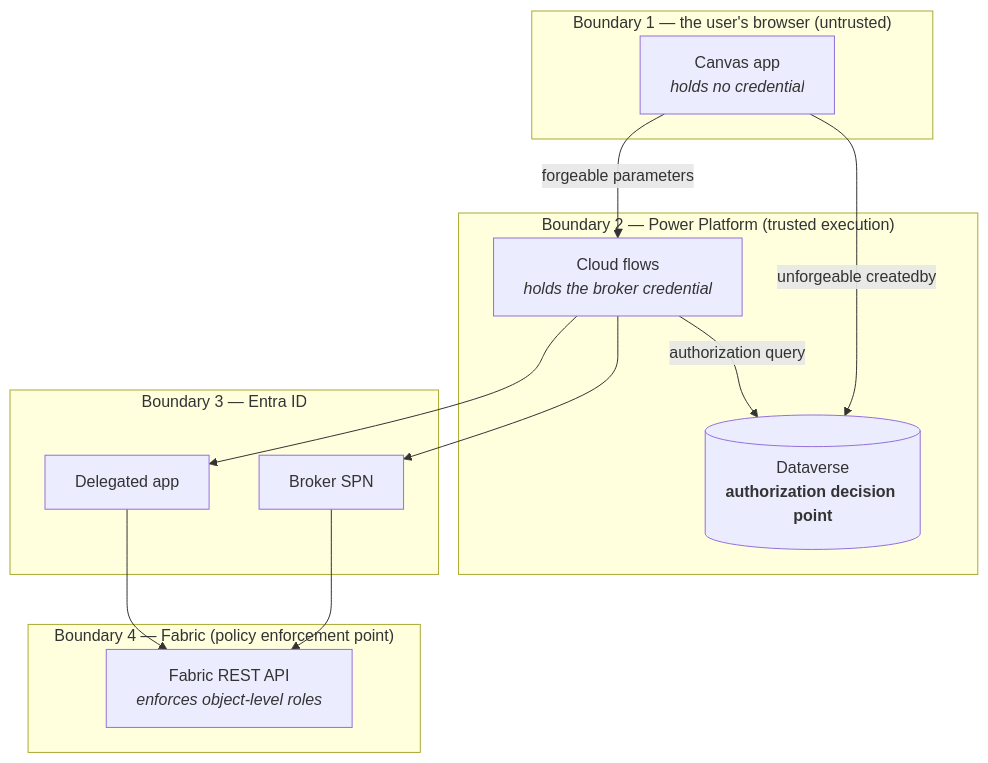
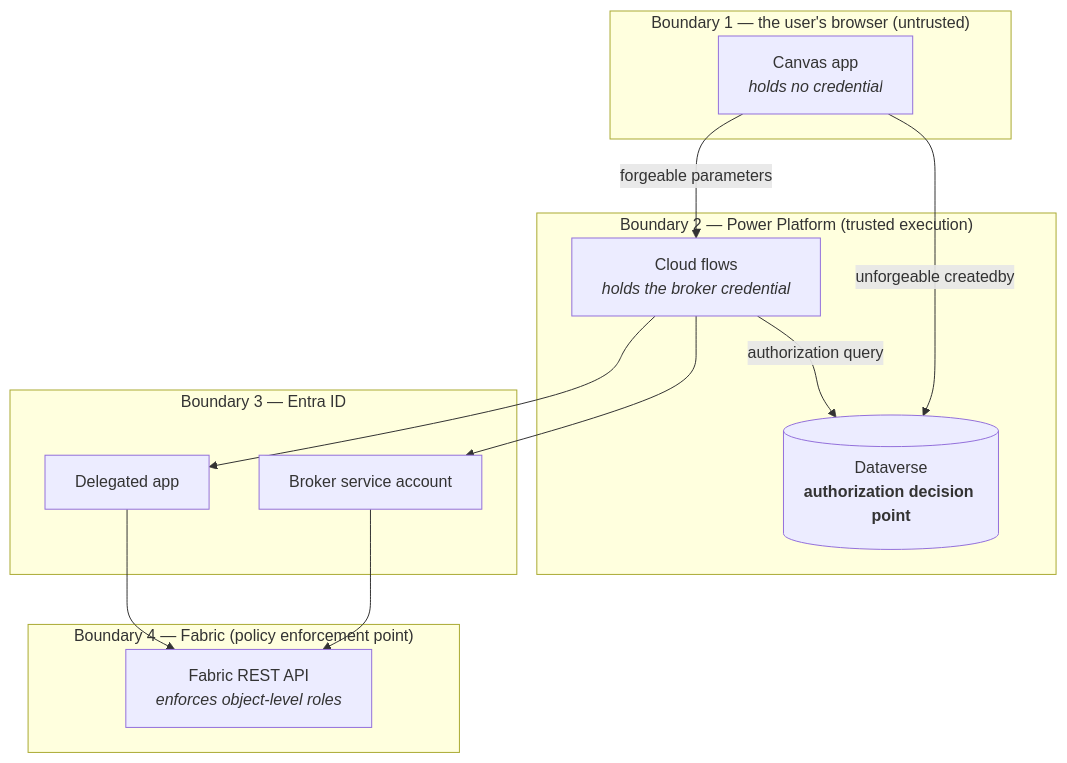
One commit to velniaszs/Fabric_Workspace_Settings changed the diagram in workspace-settings/SECURITY.md. Above: the diagram before and after it, drawn with Mermaid. The commit also changed other lines of this file and 4 other files, not shown here.

````diff
--- a/workspace-settings/SECURITY.md
+++ b/workspace-settings/SECURITY.md
@@ -75,28 +75,28 @@
 ```mermaid
 flowchart TB
     subgraph B1["Boundary 1 — the user's browser (untrusted)"]
         APP["Canvas app<br/><i>holds no credential</i>"]
     end
 
     subgraph B2["Boundary 2 — Power Platform (trusted execution)"]
         DV[("Dataverse<br/><b>authorization decision point</b>")]
         FLOW["Cloud flows<br/><i>holds the broker credential</i>"]
     end
 
     subgraph B3["Boundary 3 — Entra ID"]
-        SPN["Broker SPN"]
+        SPN["Broker service account"]
         DEL["Delegated app"]
     end
 
     subgraph B4["Boundary 4 — Fabric (policy enforcement point)"]
         FAB["Fabric REST API<br/><i>enforces object-level roles</i>"]
     end
 
     APP -->|"forgeable parameters"| FLOW
     APP -->|"unforgeable createdby"| DV
     FLOW -->|"authorization query"| DV
     FLOW --> SPN
     FLOW --> DEL
     SPN --> FAB
     DEL --> FAB
 ```
````
